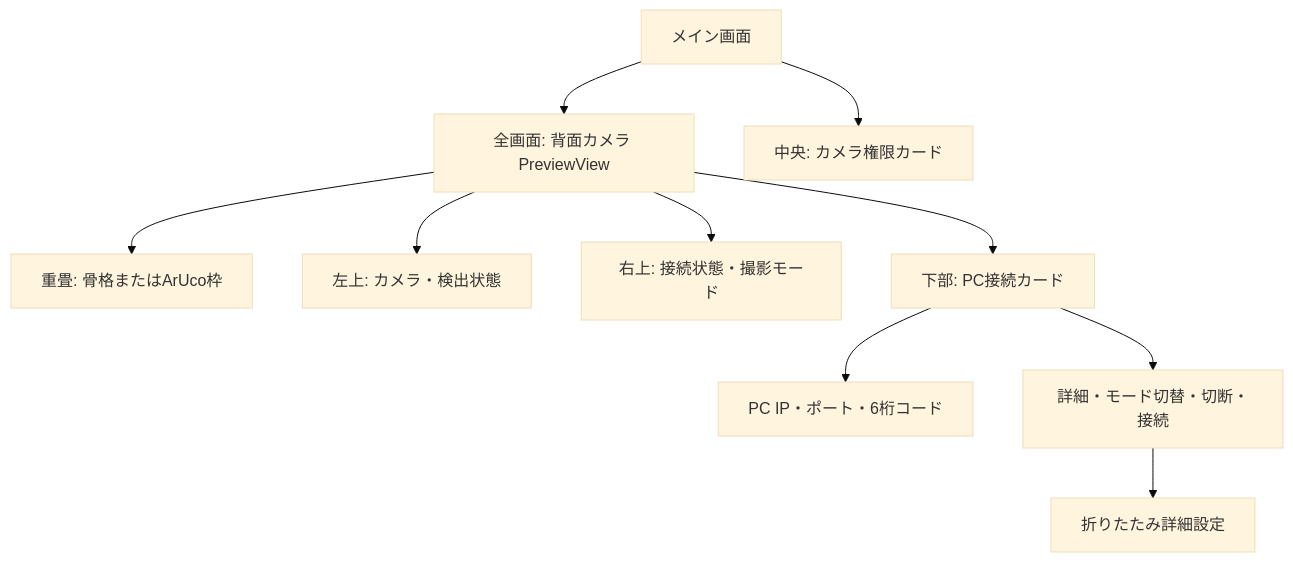
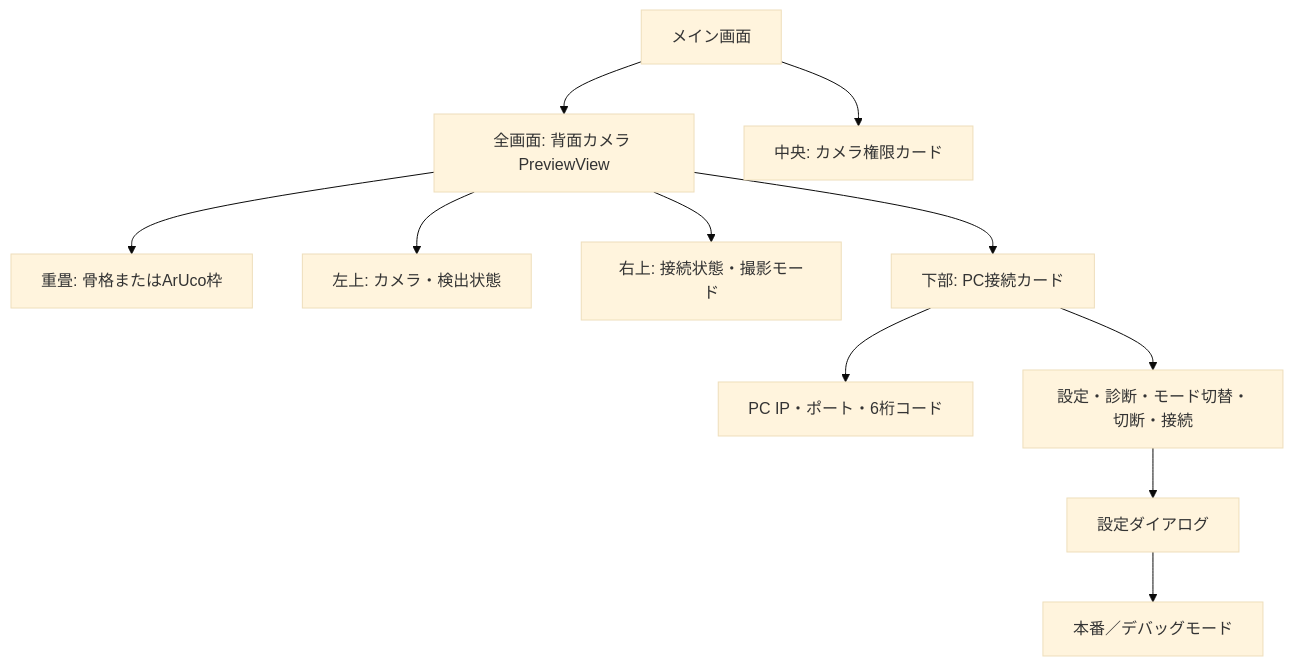
One commit to KIT-DevelopersHub/screact changed the third of 17 diagrams in docs/android-current-spec.md. Above: the diagram before and after it, drawn with Mermaid (base theme). The commit also changed other lines of this file and 3 other files, not shown here.

````diff
--- a/docs/android-current-spec.md
+++ b/docs/android-current-spec.md
@@ -149,13 +149,14 @@
 ```mermaid
 flowchart TB
     Screen[メイン画面]
     Screen --> Preview[全画面: 背面カメラ PreviewView]
     Preview --> Detection[重畳: 骨格またはArUco枠]
     Preview --> TopLeft[左上: カメラ・検出状態]
     Preview --> TopRight[右上: 接続状態・撮影モード]
     Preview --> Bottom[下部: PC接続カード]
     Bottom --> Address[PC IP・ポート・6桁コード]
-    Bottom --> Controls[詳細・モード切替・切断・接続]
-    Controls --> Advanced[折りたたみ詳細設定]
+    Bottom --> Controls[設定・診断・モード切替・切断・接続]
+    Controls --> Settings[設定ダイアログ]
+    Settings --> RuntimeMode[本番／デバッグモード]
     Screen --> Permission[中央: カメラ権限カード]
 ```
````
